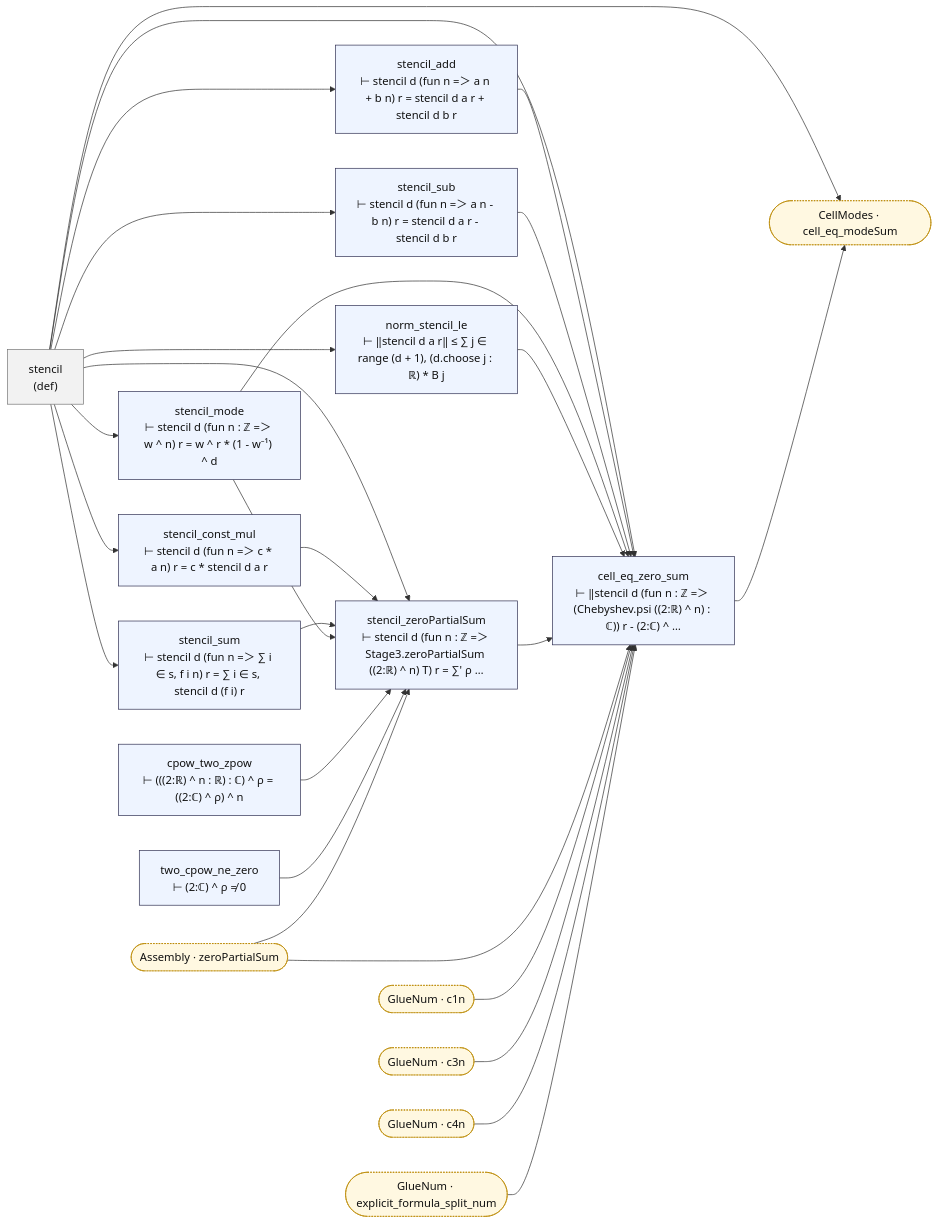
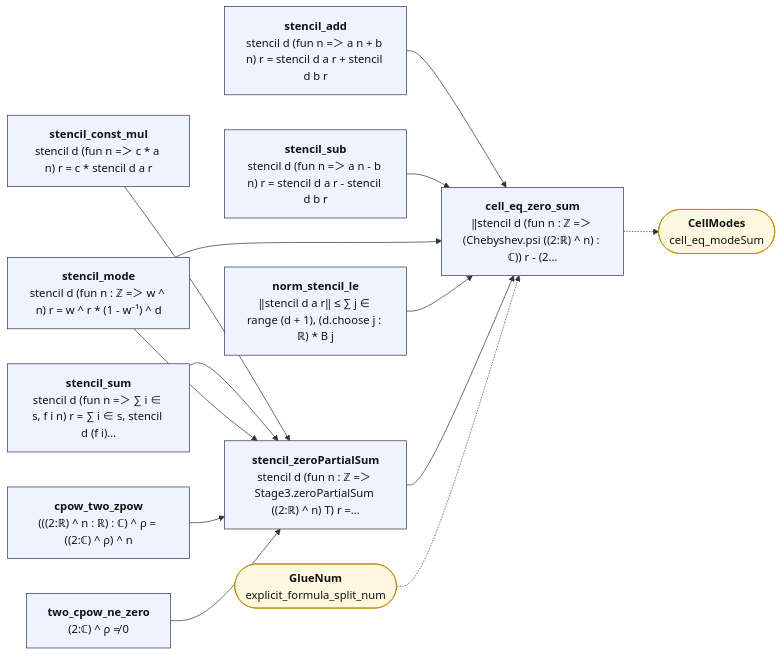
The diagram in map/lean_stage3/CellZeros.md (juliansambranojr/Primebeat_081426), drawn with Mermaid before and after one commit. The commit also changed other lines of this file and 387 other files, not shown here.

````diff
--- a/map/lean_stage3/CellZeros.md
+++ b/map/lean_stage3/CellZeros.md
@@ -8,52 +12,32 @@
 ```mermaid
 flowchart LR
-  n0["stencil<br/>(def)"]:::dfn
-  n1["stencil_add<br/>⊢ stencil d (fun n =＞ a n + b n) r = stencil d a r + stencil d b r"]:::thm
-  n2["stencil_sub<br/>⊢ stencil d (fun n =＞ a n - b n) r = stencil d a r - stencil d b r"]:::thm
-  n3["stencil_const_mul<br/>⊢ stencil d (fun n =＞ c * a n) r = c * stencil d a r"]:::thm
-  n4["stencil_sum<br/>⊢ stencil d (fun n =＞ ∑ i ∈ s, f i n) r = ∑ i ∈ s, stencil d (f i) r"]:::thm
-  n5["stencil_mode<br/>⊢ stencil d (fun n : ℤ =＞ w ^ n) r = w ^ r * (1 - w⁻¹) ^ d"]:::thm
-  n6["norm_stencil_le<br/>⊢ ‖stencil d a r‖ ≤ ∑ j ∈ range (d + 1), (d.choose j : ℝ) * B j"]:::thm
-  n7["cpow_two_zpow<br/>⊢ (((2:ℝ) ^ n : ℝ) : ℂ) ^ ρ = ((2:ℂ) ^ ρ) ^ n"]:::thm
-  n8["two_cpow_ne_zero<br/>⊢ (2:ℂ) ^ ρ ≠ 0"]:::thm
-  n9["stencil_zeroPartialSum<br/>⊢ stencil d (fun n : ℤ =＞ Stage3.zeroPartialSum ((2:ℝ) ^ n) T) r = ∑' ρ …"]:::thm
-  n10["cell_eq_zero_sum<br/>⊢ ‖stencil d (fun n : ℤ =＞ (Chebyshev.psi ((2:ℝ) ^ n) : ℂ)) r - (2:ℂ) ^ …"]:::thm
-  x0(["Assembly · zeroPartialSum"]):::ext
-  x1(["CellModes · cell_eq_modeSum"]):::ext
-  x2(["GlueNum · c1n"]):::ext
-  x3(["GlueNum · c3n"]):::ext
-  x4(["GlueNum · c4n"]):::ext
-  x5(["GlueNum · explicit_formula_split_num"]):::ext
-  n0 --> n1
-  n0 --> n10
-  n0 --> n2
-  n0 --> n3
-  n0 --> n4
-  n0 --> n5
-  n0 --> n6
+  n0["<b>stencil_add</b><br/>stencil d (fun n =＞ a n + b n) r = stencil d a r + stencil d b r"]:::thm
+  n1["<b>stencil_sub</b><br/>stencil d (fun n =＞ a n - b n) r = stencil d a r - stencil d b r"]:::thm
+  n2["<b>stencil_const_mul</b><br/>stencil d (fun n =＞ c * a n) r = c * stencil d a r"]:::thm
+  n3["<b>stencil_sum</b><br/>stencil d (fun n =＞ ∑ i ∈ s, f i n) r = ∑ i ∈ s, stencil d (f i)…"]:::thm
+  n4["<b>stencil_mode</b><br/>stencil d (fun n : ℤ =＞ w ^ n) r = w ^ r * (1 - w⁻¹) ^ d"]:::thm
+  n5["<b>norm_stencil_le</b><br/>‖stencil d a r‖ ≤ ∑ j ∈ range (d + 1), (d.choose j : ℝ) * B j"]:::thm
+  n6["<b>cpow_two_zpow</b><br/>(((2:ℝ) ^ n : ℝ) : ℂ) ^ ρ = ((2:ℂ) ^ ρ) ^ n"]:::thm
+  n7["<b>two_cpow_ne_zero</b><br/>(2:ℂ) ^ ρ ≠ 0"]:::thm
+  n8["<b>stencil_zeroPartialSum</b><br/>stencil d (fun n : ℤ =＞ Stage3.zeroPartialSum ((2:ℝ) ^ n) T) r =…"]:::thm
+  n9["<b>cell_eq_zero_sum</b><br/>‖stencil d (fun n : ℤ =＞ (Chebyshev.psi ((2:ℝ) ^ n) : ℂ)) r - (2…"]:::thm
+  x0(["<b>GlueNum</b><br/>explicit_formula_split_num"]):::ext
+  x1(["<b>CellModes</b><br/>cell_eq_modeSum"]):::ext
   n0 --> n9
-  n0 --> x1
-  n1 --> n10
-  n10 --> x1
-  n2 --> n10
-  n3 --> n9
+  n1 --> n9
+  n2 --> n8
+  n3 --> n8
+  n4 --> n8
   n4 --> n9
-  n5 --> n10
   n5 --> n9
-  n6 --> n10
-  n7 --> n9
+  n6 --> n8
+  n7 --> n8
   n8 --> n9
-  n9 --> n10
-  x0 --> n10
-  x0 --> n9
-  x2 --> n10
-  x3 --> n10
-  x4 --> n10
-  x5 --> n10
+  n9 -.-> x1
+  x0 -.-> n9
   classDef thm fill:#eef4ff,stroke:#335,color:#111
-  classDef dfn fill:#f2f2f2,stroke:#777,color:#111
   classDef end_ fill:#e7f7e7,stroke:#2a7,color:#111,stroke-width:2px
   classDef lone fill:#fff,stroke:#999,color:#111,stroke-dasharray:4 3
   classDef bad fill:#ffe5e5,stroke:#c22,color:#111,stroke-width:2px
-  classDef ext fill:#fff8e1,stroke:#b80,color:#111,stroke-dasharray:2 2
+  classDef ext fill:#fff8e1,stroke:#b80,color:#111
 ```
````
